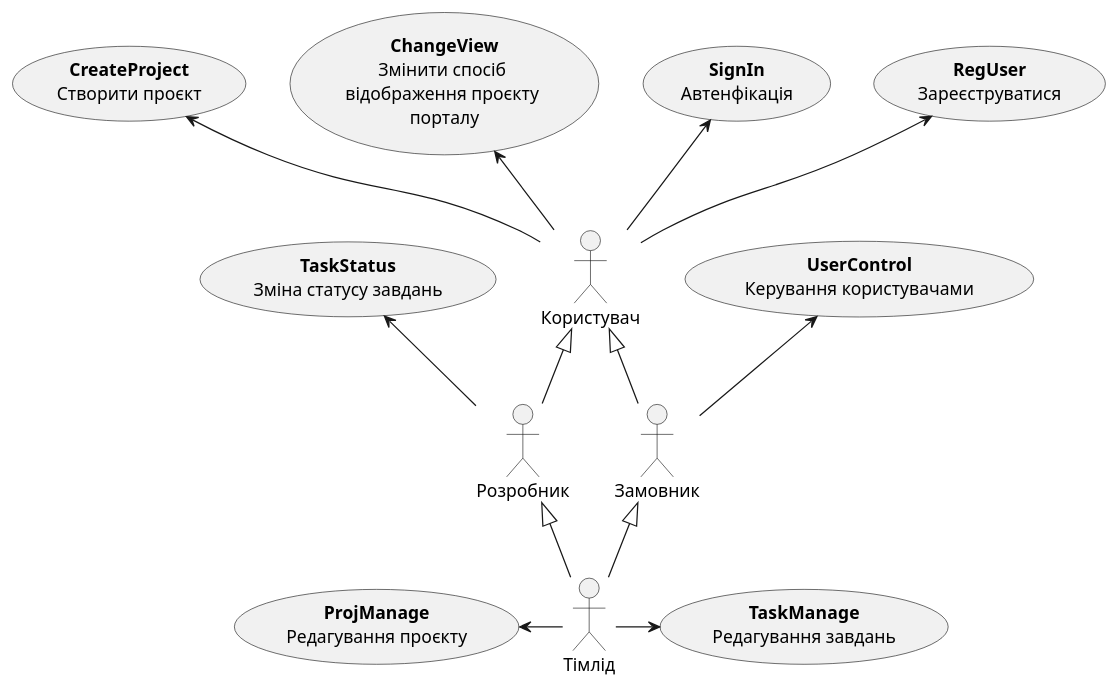
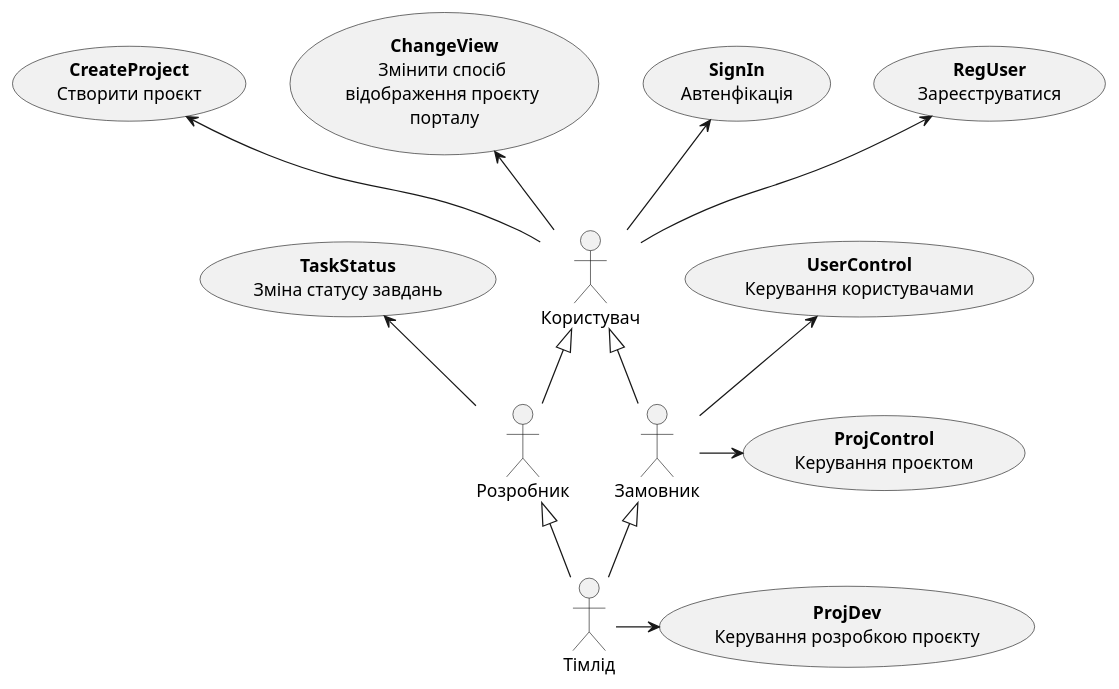
One commit to svitbar/dbuildery changed the first of 22 diagrams in docs/use cases/README.md. Above: the diagram before and after it, drawn with PlantUML. The commit also changed other lines of this file and 1 other file, not shown here.

```diff
--- a/docs/use cases/README.md
+++ b/docs/use cases/README.md
@@ -22,33 +22,33 @@
 @startuml
 
     actor "Користувач" as User
     actor "Розробник" as Developer
     actor "Тімлід" as Teamlead
     actor "Замовник" as Customer
     
     usecase "<b>RegUser</b>\nЗареєструватися" as RegUser
     usecase "<b>SignIn</b>\nАвтенфікація" as SignIn
     usecase "<b>ChangeView</b>\nЗмінити спосіб \nвідображення проєкту \nпорталу" as ChangeView
     usecase "<b>CreateProject</b>\nСтворити проєкт" as CreateProject
     
-    usecase "<b>ProjManage</b>\nРедагування проєкту" as ProjManage
-    usecase "<b>TaskManage</b>\nРедагування завдань" as TaskManage
     usecase "<b>UserControl</b>\nКерування користувачами" as UserControl
     usecase "<b>TaskStatus</b>\nЗміна статусу завдань" as TaskStatus
+    usecase "<b>ProjControl</b>\nКерування проєктом" as ProjControl
+    usecase "<b>ProjDev</b>\nКерування розробкою проєкту" as ProjDev
     
     
     Developer -u-|> User
     Customer -u-|> User
     Teamlead -u-|> Customer
     Teamlead -u-|> Developer
     
     User -u-> RegUser
     User -u-> SignIn
     User -u-> ChangeView
     User -u-> CreateProject
-    Teamlead -l-> ProjManage
-    Teamlead -r-> TaskManage
+    Teamlead -r-> ProjDev
     Customer -u-> UserControl
+    Customer -r-> ProjControl
     Developer -u-> TaskStatus
 
 @enduml
```
